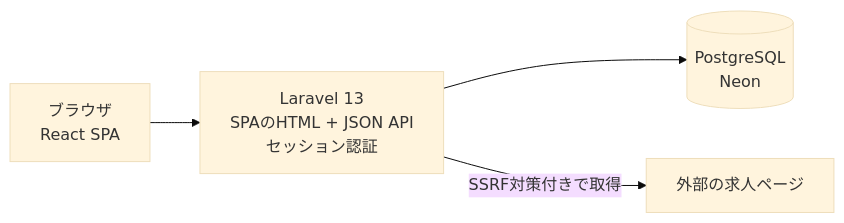
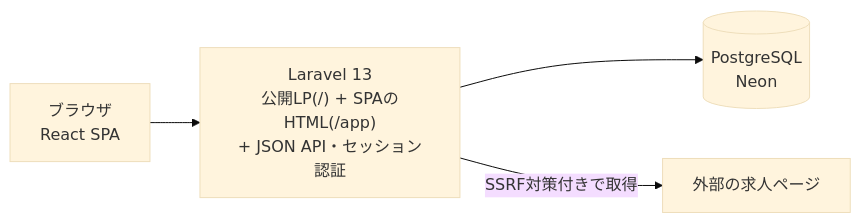
The diagram in README.md (muraokajade/JobHunt), drawn with Mermaid (base theme) before and after one commit. The commit also changed other lines of this file and 6 other files, not shown here.

````diff
--- a/README.md
+++ b/README.md
@@ -55,6 +57,6 @@
 ```mermaid
 flowchart LR
-    Browser["ブラウザ<br>React SPA"] --> App["Laravel 13<br>SPAのHTML + JSON API<br>セッション認証"]
+    Browser["ブラウザ<br>React SPA"] --> App["Laravel 13<br>公開LP(/) + SPAのHTML(/app)<br>+ JSON API・セッション認証"]
     App --> DB[("PostgreSQL<br>Neon")]
     App -->|"SSRF対策付きで取得"| Sites["外部の求人ページ"]
 ```
````
